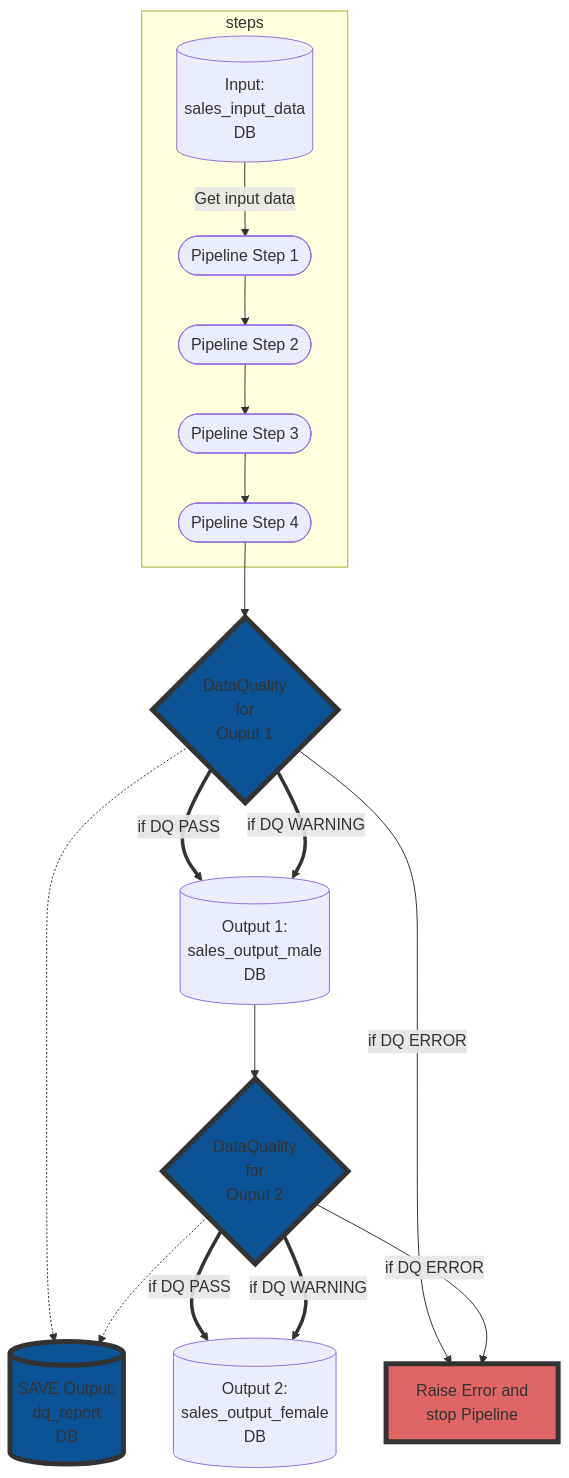
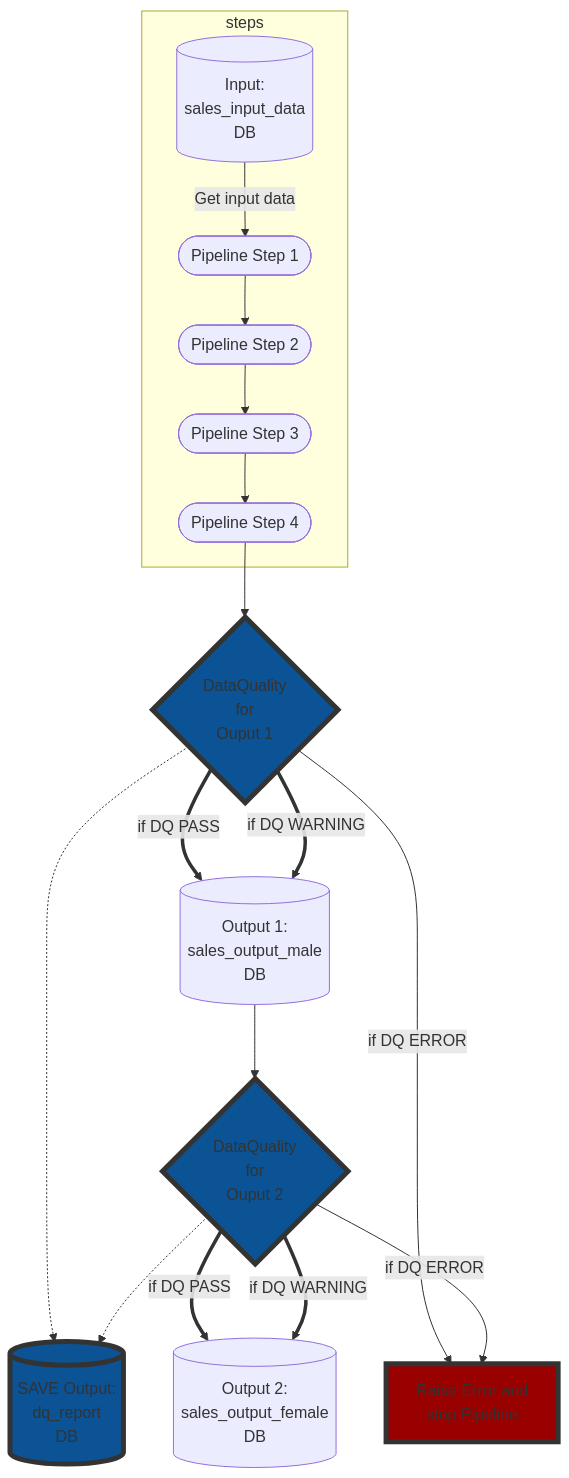
The second of 2 diagrams in README.md (kravchenkog/dq_integration_example), drawn with Mermaid before and after one commit.

````diff
--- a/README.md
+++ b/README.md
@@ -242,26 +242,26 @@
 ```mermaid
 flowchart TB
 
     style M fill:#0b5394,stroke:#333,stroke-width:5px
     style I fill:#0b5394,stroke:#333,stroke-width:5px
     style F fill:#0b5394,stroke:#333,stroke-width:5px
-    style H fill:#e06666,stroke:#333,stroke-width:5px
+    style H fill:#990000,stroke:#333,stroke-width:5px
     
     subgraph steps
     A[(Input: </br>sales_input_data </br>DB)] -->|Get input data| B(Go shopping)   
     B([Pipeline Step 1]) --> C([Pipeline Step 2])
     C --> D([Pipeline Step 3])
     D --> E([Pipeline Step 4])
     end
     E --> F{DataQuality </br> for </br> Ouput 1}
     F-.-> M[(SAVE Output: </br> dq_report </br> DB)]
     F ==> |if DQ PASS| G[(Output 1: </br> sales_output_male </br>DB)]    
     F ==> |if DQ WARNING| G 
     
     G --> I{DataQuality </br> for </br> Ouput 2}
     I ==> |if DQ PASS| J[(Output 2: </br> sales_output_female </br>DB)]
     I ==> |if DQ WARNING| J
     I -.-> M
     F --> |if DQ ERROR| H[Raise Error and </br>stop Pipeline]
     I --> |if DQ ERROR| H
 ```
````
